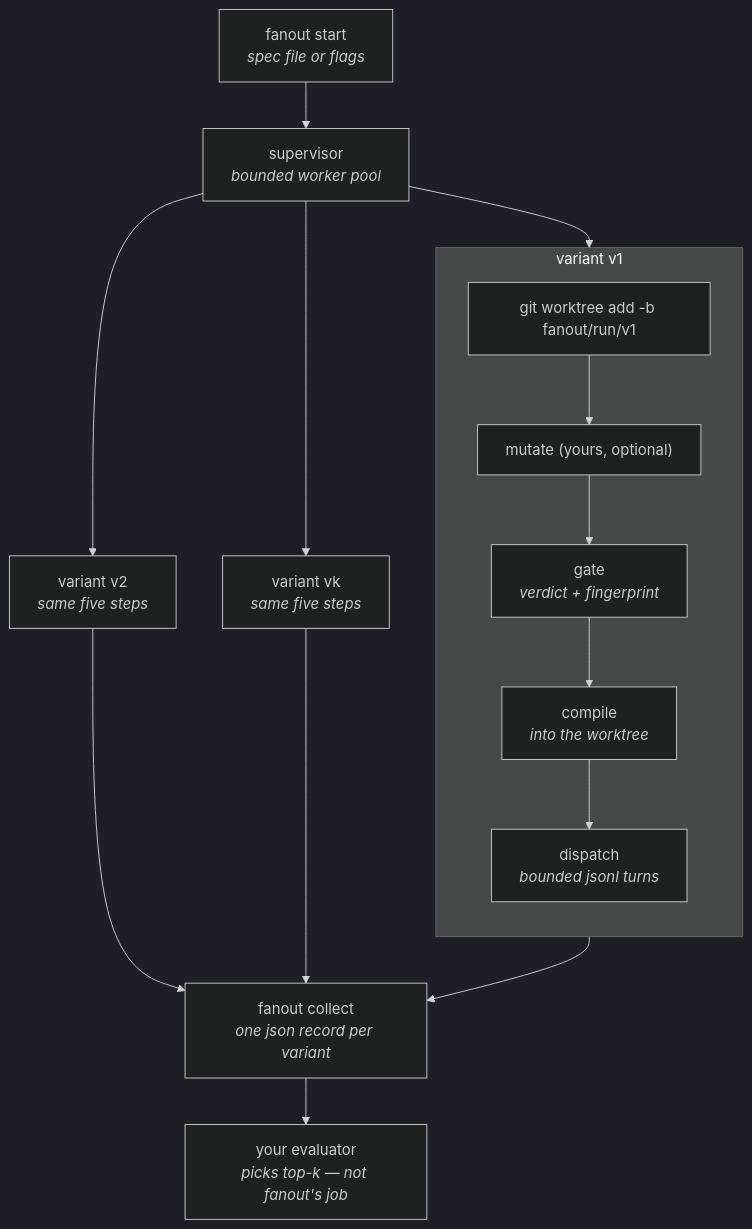
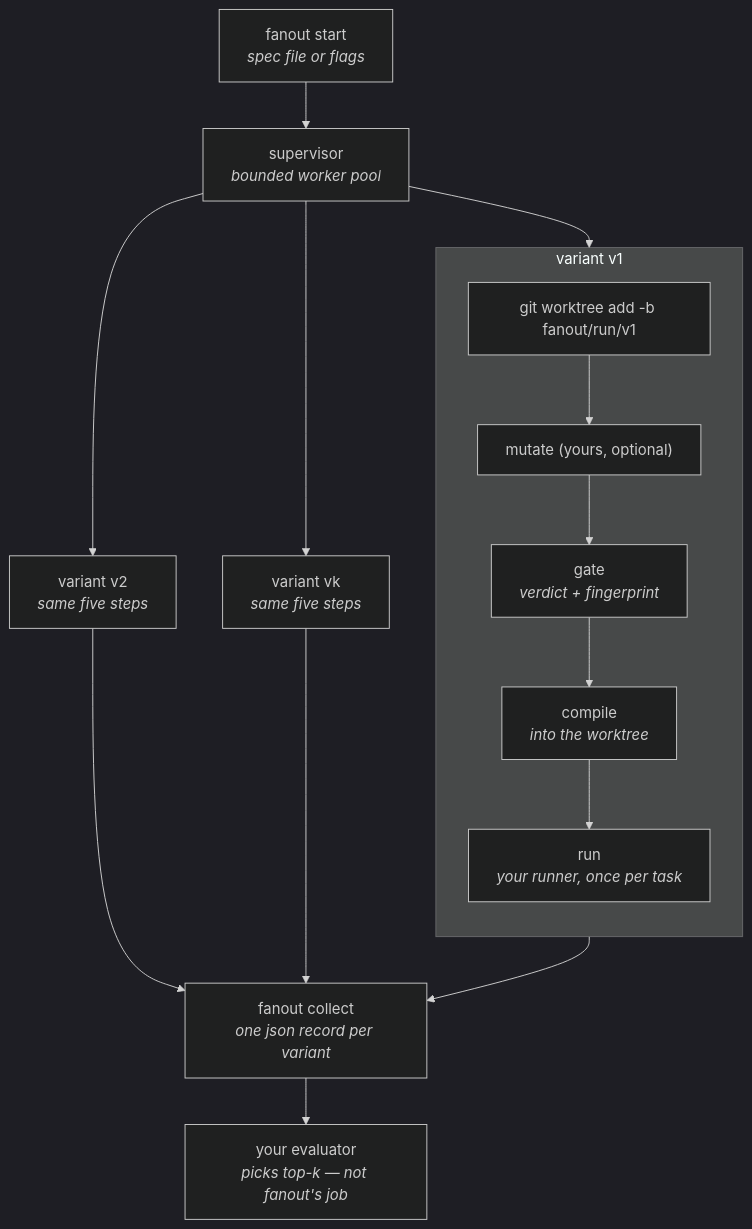
One commit to alee792/tenon changed the diagram in improve/README.md. Above: the diagram before and after it, drawn with Mermaid (dark theme). The commit also changed other lines of this file and 62 other files, not shown here.

````diff
--- a/improve/README.md
+++ b/improve/README.md
@@ -33,23 +37,23 @@
 ```mermaid
 flowchart TD
     S["fanout start<br/><i>spec file or flags</i>"] --> SUP["supervisor<br/><i>bounded worker pool</i>"]
     SUP --> V1
     SUP --> V2
     SUP --> VK
 
     subgraph V1["variant v1"]
         direction TB
         A1["git worktree add -b fanout/run/v1"] --> B1["mutate (yours, optional)"]
         B1 --> C1["gate<br/><i>verdict + fingerprint</i>"]
         C1 --> D1["compile<br/><i>into the worktree</i>"]
-        D1 --> E1["dispatch<br/><i>bounded jsonl turns</i>"]
+        D1 --> E1["run<br/><i>your runner, once per task</i>"]
     end
 
     V2["variant v2<br/><i>same five steps</i>"]
     VK["variant vk<br/><i>same five steps</i>"]
 
     V1 --> C["fanout collect<br/><i>one json record per variant</i>"]
     V2 --> C
     VK --> C
     C --> SEL["your evaluator<br/><i>picks top-k — not fanout's job</i>"]
 ```
````
